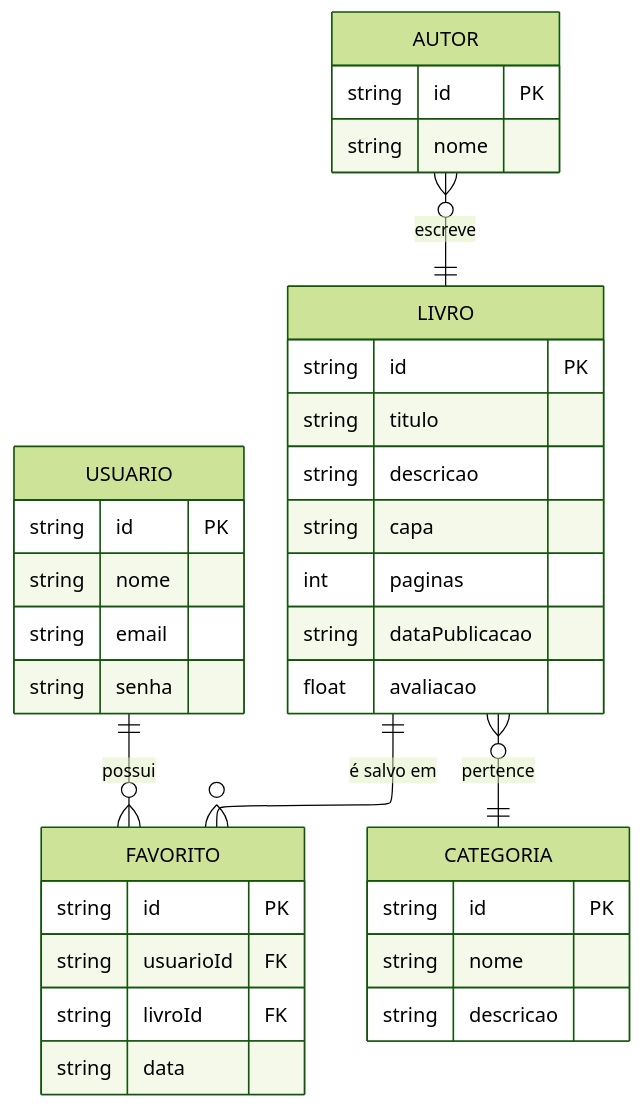
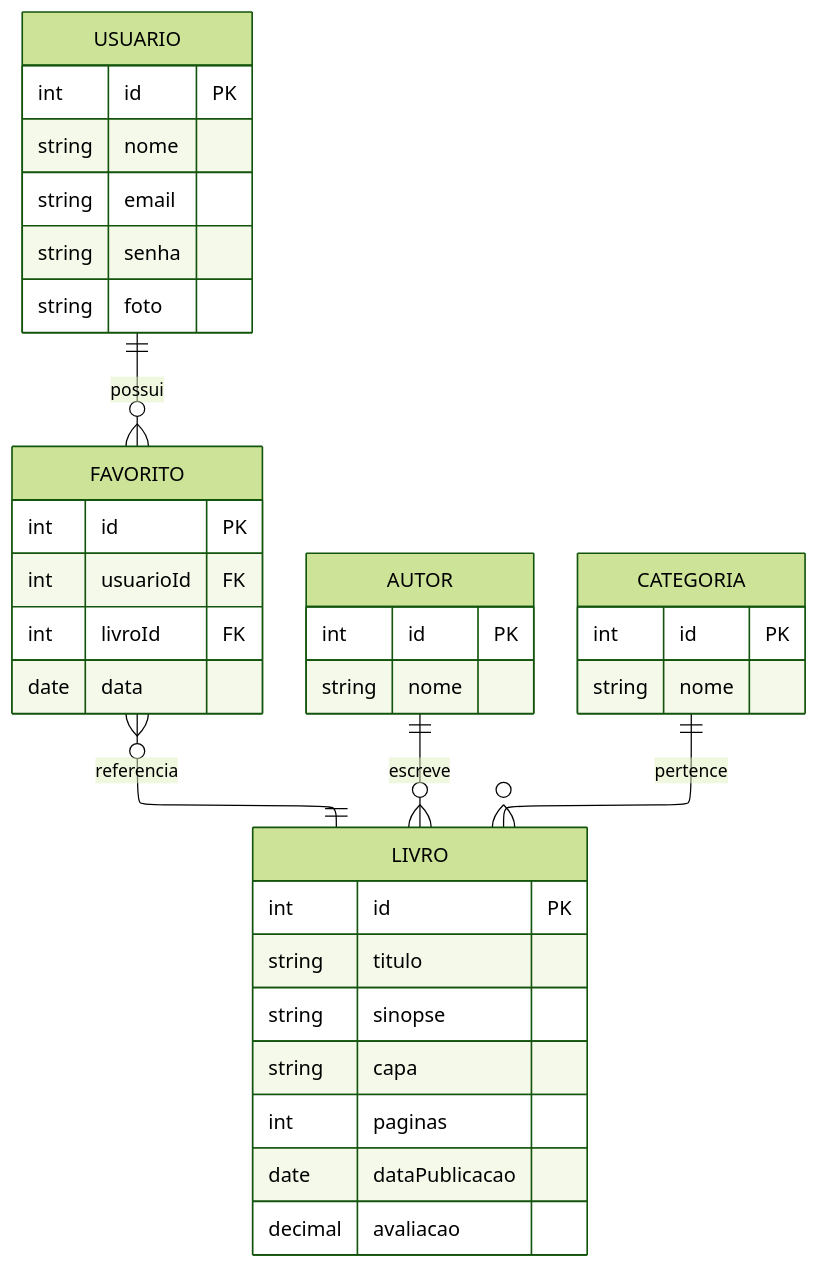
The diagram in docs/architecture.md (FoolishOrange/letterbooked), drawn with Mermaid (forest theme) before and after one commit.

````diff
--- a/docs/architecture.md
+++ b/docs/architecture.md
@@ -9,47 +9,46 @@
 ```mermaid
 ---
 config:
   layout: elk
 ---
 erDiagram
-	direction TB
-	USUARIO {
-		string id PK ""  
-		string nome  ""  
-		string email  ""  
-		string senha  ""  
-	}
+    USUARIO ||--o{ FAVORITO : possui
+    FAVORITO }o--|| LIVRO : referencia
+    AUTOR ||--o{ LIVRO : escreve
+    CATEGORIA ||--o{ LIVRO : pertence
 
-	FAVORITO {
-		string id PK ""  
-		string usuarioId FK ""  
-		string livroId FK ""  
-		string data  ""  
-	}
+    USUARIO {
+        int id PK
+        string nome
+        string email
+        string senha
+        string foto
+    }
 
-	AUTOR {
-		string id PK ""  
-		string nome  ""  
-	}
+    FAVORITO {
+        int id PK
+        int usuarioId FK
+        int livroId FK
+        date data
+    }
 
-	CATEGORIA {
-		string id PK ""  
-		string nome  ""  
-		string descricao  ""  
-	}
+    LIVRO {
+        int id PK
+        string titulo
+        string sinopse
+        string capa
+        int paginas
+        date dataPublicacao
+        decimal avaliacao
+    }
 
-	LIVRO {
-		string id PK ""  
-		string titulo  ""  
-		string descricao  ""  
-		string capa  ""  
-		int paginas  ""  
-		string dataPublicacao  ""  
-		float avaliacao  ""  
-	}
+    AUTOR {
+        int id PK
+        string nome
+    }
 
-	USUARIO||--o{FAVORITO:"possui"
-	LIVRO||--o{FAVORITO:"é salvo em"
-	AUTOR}o--||LIVRO:"escreve"
-	LIVRO}o--||CATEGORIA:"pertence"
+    CATEGORIA {
+        int id PK
+        string nome
+    }
 ```
````
